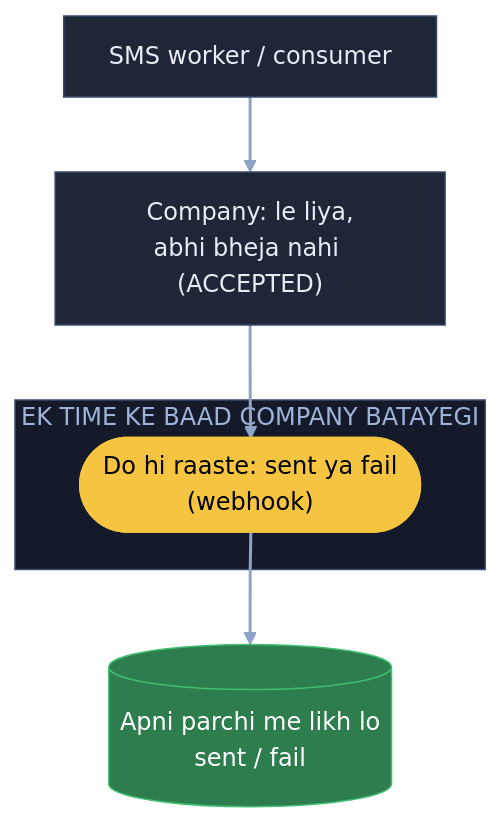
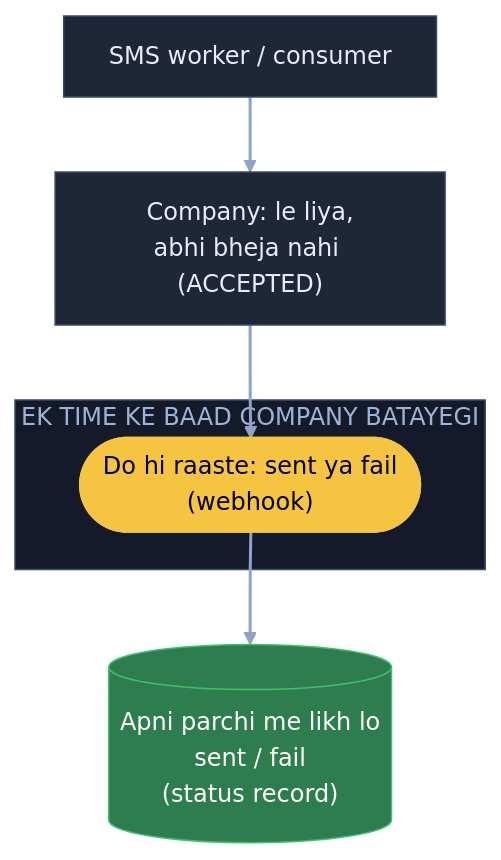
Before and after one commit to ArpanMaheshwari144/Prep: the seventh of 10 diagrams in 04_HLD/SYSTEM_DESIGNS/04_notification_system/04_notification_system.md, drawn with Mermaid. The commit also changed other lines of this file and 20 other files, not shown here.

Commit message:
HLD main files: diagram me kahani shabd + bracket me asli naam (21 design, 182 label)

````diff
--- a/04_HLD/SYSTEM_DESIGNS/04_notification_system/04_notification_system.md
+++ b/04_HLD/SYSTEM_DESIGNS/04_notification_system/04_notification_system.md
@@ -331,18 +331,18 @@
 ```mermaid
 flowchart TB
     W["SMS worker / consumer"]:::card
     C["Company: le liya,<br/>abhi bheja nahi (ACCEPTED)"]:::card
     subgraph LB["EK TIME KE BAAD COMPANY BATAYEGI"]
         H(["Do hi raaste: sent ya fail<br/>(webhook)"]):::pill
     end
-    P[("Apni parchi me likh lo<br/>sent / fail")]:::good
+    P[("Apni parchi me likh lo<br/>sent / fail<br/>(status record)")]:::good
     W --> C
     C --> H
     H --> P
     linkStyle default stroke:#8fa3c7,stroke-width:2px
     classDef card fill:#1e2638,stroke:#3a4a6b,color:#e8ecf5
     classDef pill fill:#f5c542,stroke:#f5c542,color:#000
     classDef good fill:#2e7d4f,stroke:#3fbf6f,color:#fff
     classDef bad fill:#5c1f24,stroke:#e05561,color:#fff
     style LB fill:#141a29,stroke:#3a4a6b,color:#9fb3d9
 ```
````
